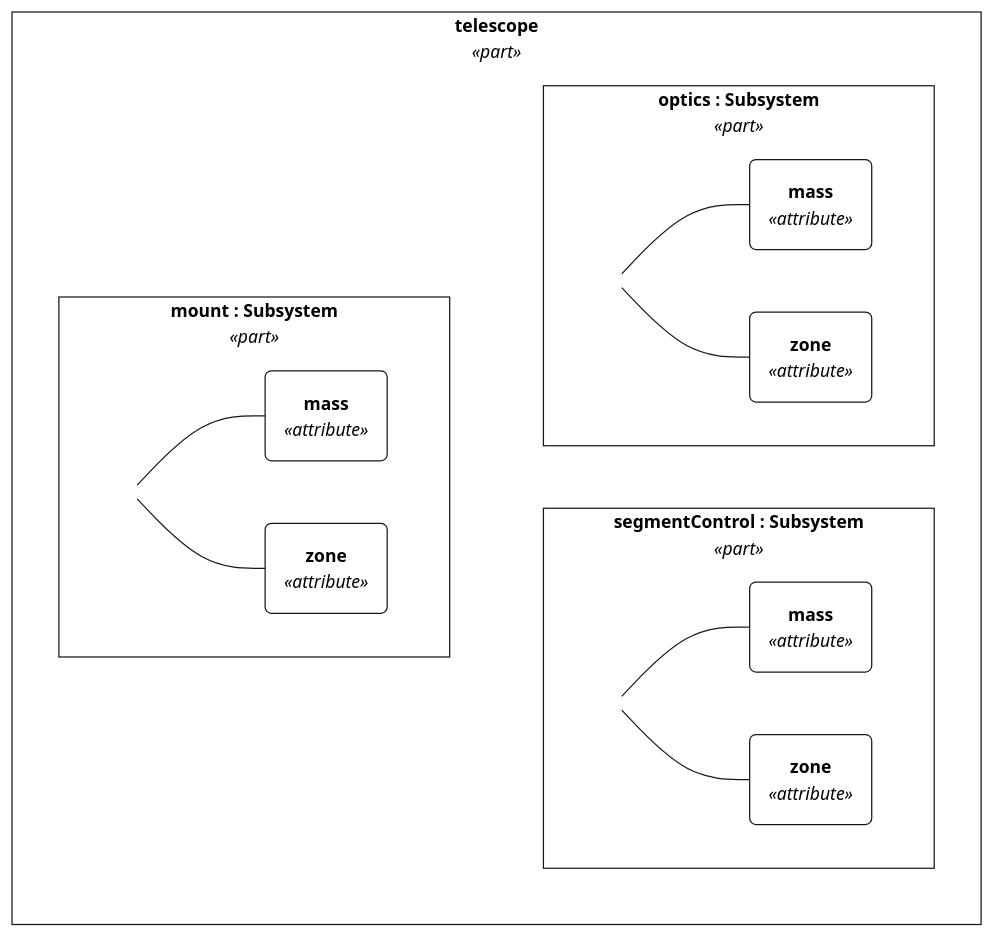
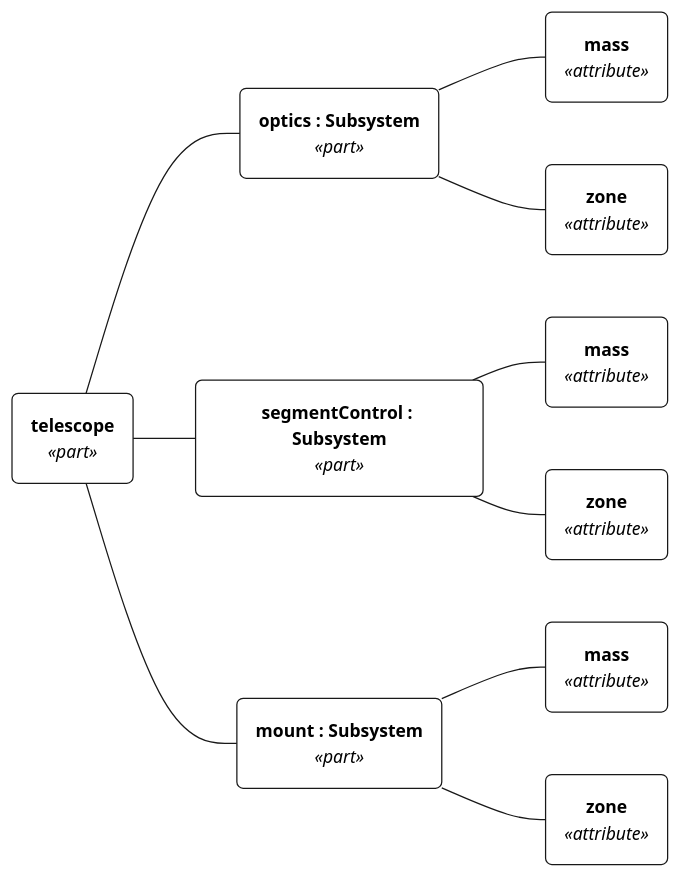
Before and after one commit to Open-MBEE/OpenSysML: the second of 2 diagrams in docs/manual/examples/observatory.md, drawn with Mermaid. The commit also changed other lines of this file and 29 other files, not shown here.

Commit message:
fix(view): correct Mermaid tree and cluster rendering

````diff
--- a/docs/manual/examples/observatory.md
+++ b/docs/manual/examples/observatory.md
@@ -125,6 +102,7 @@
 ---
 config:
   theme: base
+  themeCSS: ".edgeLabel rect { opacity: 1 !important; }"
   themeVariables:
     fontFamily: "Helvetica, Arial, sans-serif"
     fontSize: "14px"
@@ -132,86 +110,46 @@
     secondaryColor: "#FFFFFF"
     tertiaryColor: "#FFFFFF"
     background: "#FFFFFF"
+    primaryBorderColor: "#181818"
+    primaryTextColor: "#000000"
+    lineColor: "#181818"
+    textColor: "#000000"
+    noteBkgColor: "#FEFFDD"
+    noteBorderColor: "#181818"
+    noteTextColor: "#000000"
     clusterBkg: "#FFFFFF"
+    clusterBorder: "#181818"
     edgeLabelBackground: "#FFFFFF"
-    primaryBorderColor: "#181818"
-    lineColor: "#181818"
-    clusterBorder: "#181818"
-    noteBorderColor: "#181818"
-    primaryTextColor: "#000000"
-    textColor: "#000000"
-    noteTextColor: "#000000"
-    noteBkgColor: "#FEFFDD"
-    stateBkg: "#FFFFFF"
-    stateBorder: "#181818"
-    stateLabelColor: "#000000"
-    compositeBackground: "#FFFFFF"
-    compositeBorder: "#181818"
-    compositeTitleBackground: "#FFFFFF"
-    compositeTitleBorder: "#181818"
-    actorBkg: "#FFFFFF"
-    actorBorder: "#181818"
-    actorTextColor: "#000000"
-    signalColor: "#181818"
-    signalTextColor: "#000000"
-    labelBoxBkgColor: "#FFFFFF"
-    labelBoxBorderColor: "#181818"
-    labelTextColor: "#000000"
-    actorLineColor: "#181818"
-    loopTextColor: "#000000"
-    activationBorderColor: "#181818"
-    activationBkgColor: "#FFFFFF"
-    sequenceNumberColor: "#000000"
-    transitionColor: "#181818"
-    transitionLabelColor: "#000000"
-    labelBackgroundColor: "#FFFFFF"
-    specialStateColor: "#181818"
-  flowchart:
-    subGraphTitleMargin:
-      bottom: 24
 ---
 %% tree rendering (the diagram states kind "tree")
 flowchart LR
-  subgraph n0 ["`**telescope**
-*«part»*`"]
-    direction LR
-    subgraph n1 ["`**optics : Subsystem**
-*«part»*`"]
-      direction LR
-      mermaid_anchor_n1((" "))
+  n0("`**telescope**
+*«part»*`")
+    n1("`**optics : Subsystem**
+*«part»*`")
       n2("`**mass**
 *«attribute»*`")
       n3("`**zone**
 *«attribute»*`")
-  mermaid_anchor_n1 --- n2
-  mermaid_anchor_n1 --- n3
-    end
-    subgraph n4 ["`**segmentControl : Subsystem**
-*«part»*`"]
-      direction LR
-      mermaid_anchor_n4((" "))
+  n1 --- n2
+  n1 --- n3
+    n4("`**segmentControl : Subsystem**
+*«part»*`")
       n5("`**mass**
 *«attribute»*`")
       n6("`**zone**
 *«attribute»*`")
-  mermaid_anchor_n4 --- n5
-  mermaid_anchor_n4 --- n6
-    end
-    subgraph n7 ["`**mount : Subsystem**
-*«part»*`"]
-      direction LR
-      mermaid_anchor_n7((" "))
+  n4 --- n5
+  n4 --- n6
+    n7("`**mount : Subsystem**
+*«part»*`")
       n8("`**mass**
 *«attribute»*`")
       n9("`**zone**
 *«attribute»*`")
-  mermaid_anchor_n7 --- n8
-  mermaid_anchor_n7 --- n9
-    end
-  end
+  n7 --- n8
+  n7 --- n9
   n0 --- n1
   n0 --- n4
   n0 --- n7
-  classDef treeAnchor fill:transparent,stroke:transparent,color:transparent
-  class mermaid_anchor_n1,mermaid_anchor_n4,mermaid_anchor_n7 treeAnchor
 ```
````
